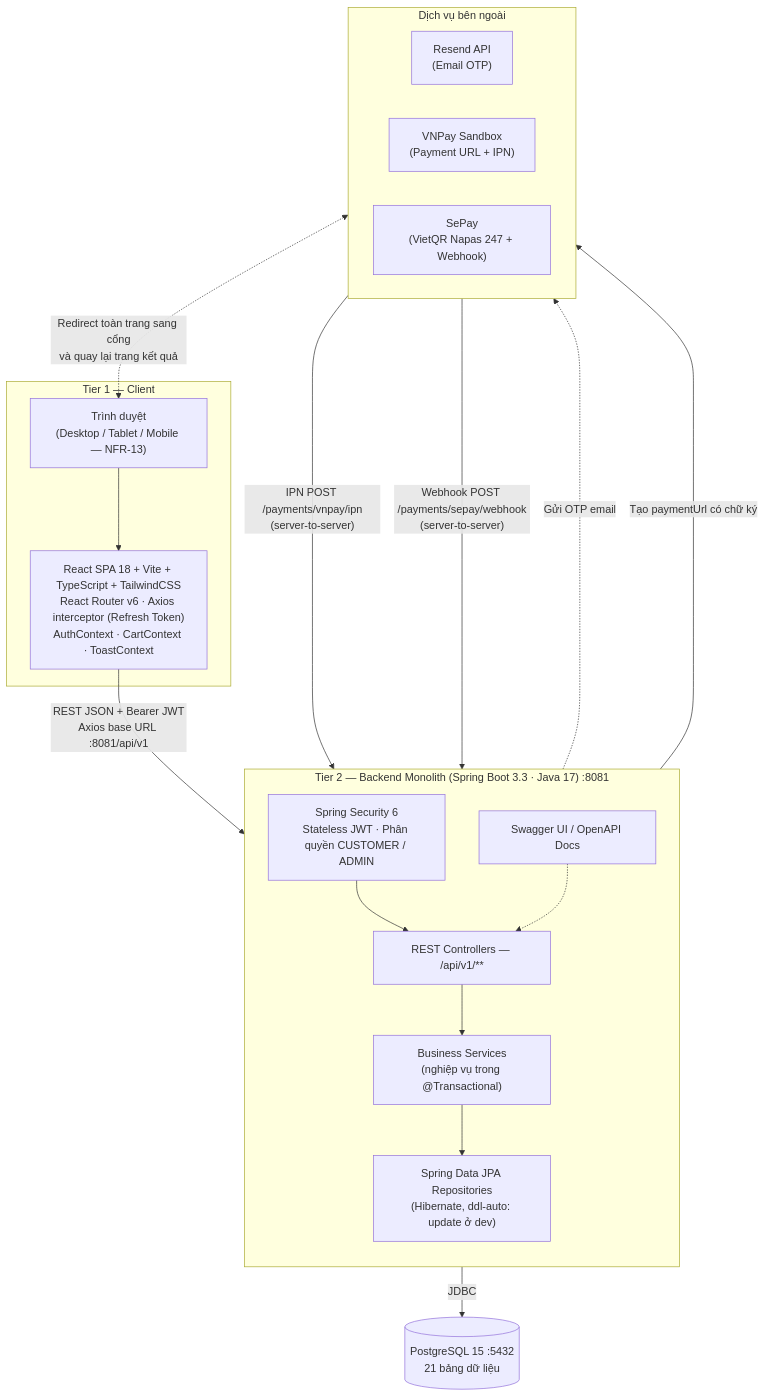
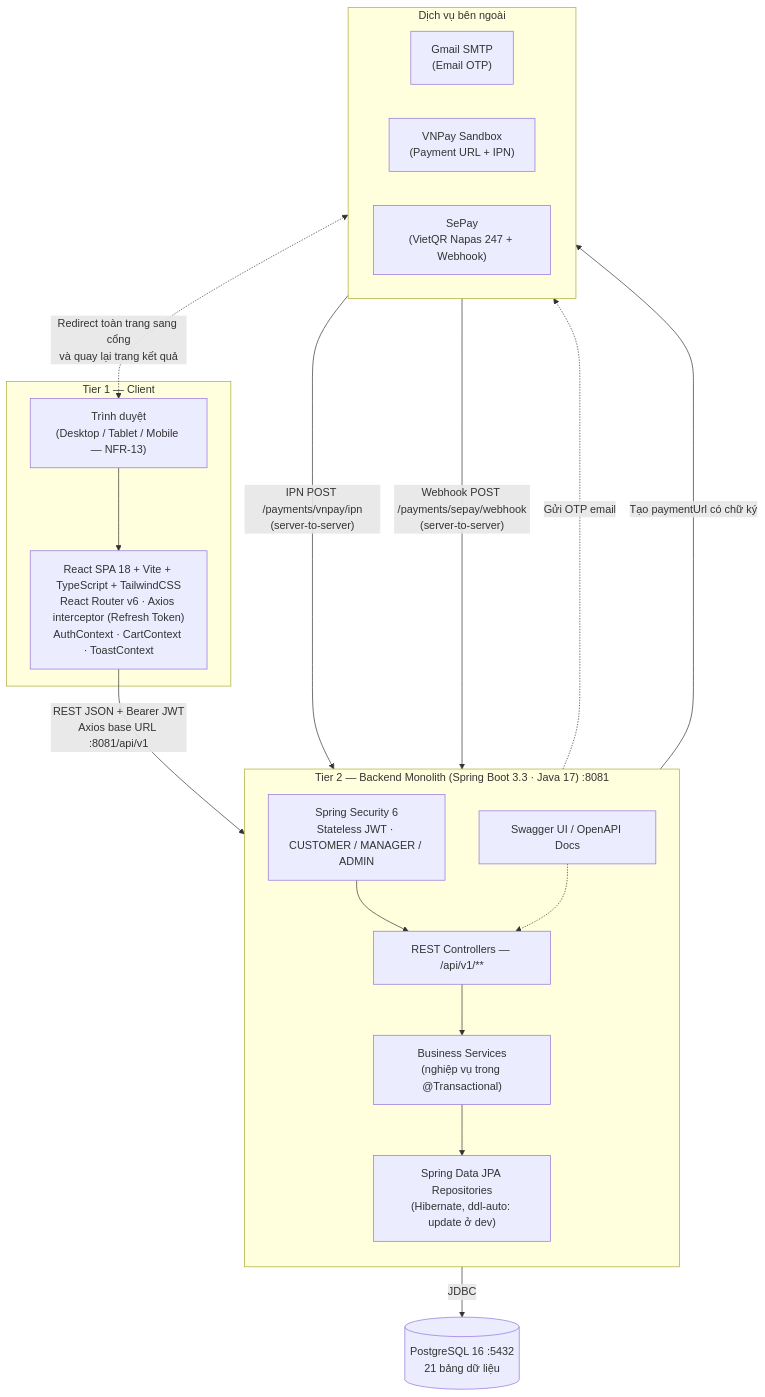
Before and after one commit to dinhtuandev/EcoMart: the diagram in docs/diagrams/03-system-architecture.md, drawn with Mermaid. The commit also changed other lines of this file and 63 other files, not shown here.

````diff
--- a/docs/diagrams/03-system-architecture.md
+++ b/docs/diagrams/03-system-architecture.md
@@ -16,37 +16,37 @@
 ```mermaid
 flowchart TB
     subgraph CLIENT["Tier 1 — Client"]
         BROWSER["Trình duyệt<br/>(Desktop / Tablet / Mobile — NFR-13)"]
         SPA["React SPA 18 + Vite + TypeScript + TailwindCSS<br/>React Router v6 · Axios interceptor (Refresh Token)<br/>AuthContext · CartContext · ToastContext"]
         BROWSER --> SPA
     end
 
     subgraph SERVER["Tier 2 — Backend Monolith (Spring Boot 3.3 · Java 17) :8081"]
         direction TB
-        SEC["Spring Security 6<br/>Stateless JWT · Phân quyền CUSTOMER / ADMIN"]
+        SEC["Spring Security 6<br/>Stateless JWT · CUSTOMER / MANAGER / ADMIN"]
         CTL["REST Controllers — /api/v1/**"]
         SVC["Business Services<br/>(nghiệp vụ trong @Transactional)"]
         REPO["Spring Data JPA Repositories<br/>(Hibernate, ddl-auto: update ở dev)"]
         SWAGGER["Swagger UI / OpenAPI Docs"]
         SEC --> CTL --> SVC --> REPO
     end
 
-    DB[("PostgreSQL 15 :5432<br/>21 bảng dữ liệu")]
+    DB[("PostgreSQL 16 :5432<br/>21 bảng dữ liệu")]
 
     subgraph EXT["Dịch vụ bên ngoài"]
         direction LR
-        RESEND["Resend API<br/>(Email OTP)"]
+        SMTP["Gmail SMTP<br/>(Email OTP)"]
         VNPAY["VNPay Sandbox<br/>(Payment URL + IPN)"]
         SEPAY["SePay<br/>(VietQR Napas 247 + Webhook)"]
     end
 
     SPA -->|"REST JSON + Bearer JWT<br/>Axios base URL :8081/api/v1"| SEC
     REPO -->|"JDBC"| DB
-    SVC -.->|"Gửi OTP email"| RESEND
+    SVC -.->|"Gửi OTP email"| SMTP
     SVC -->|"Tạo paymentUrl có chữ ký"| VNPAY
     VNPAY -->|"IPN POST /payments/vnpay/ipn<br/>(server-to-server)"| SEC
     SEPAY -->|"Webhook POST /payments/sepay/webhook<br/>(server-to-server)"| SEC
     SWAGGER -.-> CTL
 
     VNPAY <-.->|"Redirect toàn trang sang cổng<br/>và quay lại trang kết quả"| BROWSER
 ```
````
